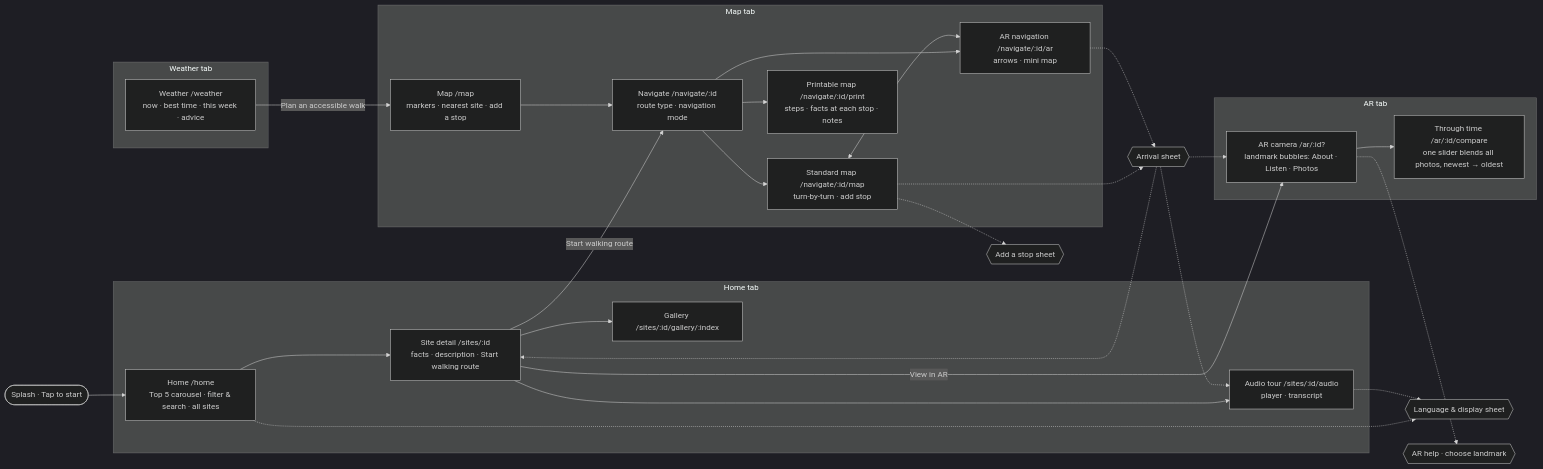
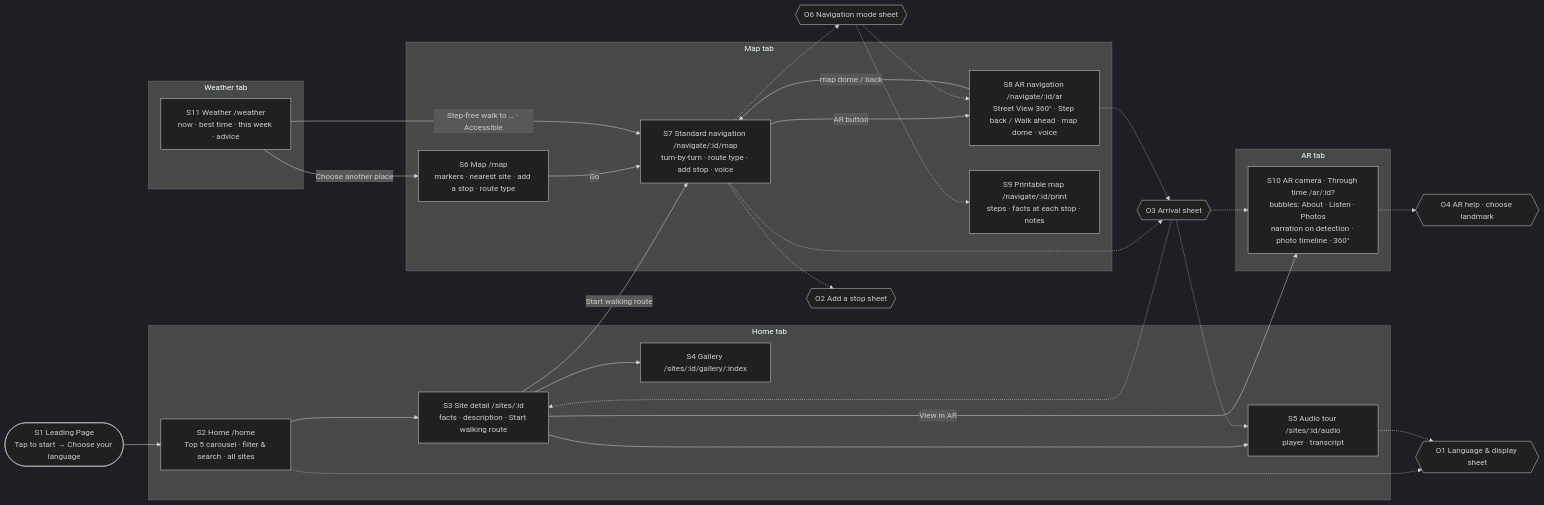
The diagram in docs/a3/site-map.md (Podi-Skying/KIT519-Hobart-Historic), drawn with Mermaid (dark theme) before and after one commit. The commit also changed other lines of this file and 9 other files, not shown here.

````diff
--- a/docs/a3/site-map.md
+++ b/docs/a3/site-map.md
@@ -13,55 +22,55 @@
 ```mermaid
 flowchart LR
-  SPLASH([Splash · Tap to start]) --> HOME
+  SPLASH([S1 Leading Page<br/>Tap to start → Choose your language]) --> HOME
 
   subgraph TAB_HOME [Home tab]
-    HOME[Home /home<br/>Top 5 carousel · filter & search · all sites]
-    SITE[Site detail /sites/:id<br/>facts · description · Start walking route]
-    GALLERY[Gallery /sites/:id/gallery/:index]
-    AUDIO[Audio tour /sites/:id/audio<br/>player · transcript]
+    HOME[S2 Home /home<br/>Top 5 carousel · filter & search · all sites]
+    SITE[S3 Site detail /sites/:id<br/>facts · description · Start walking route]
+    GALLERY[S4 Gallery /sites/:id/gallery/:index]
+    AUDIO[S5 Audio tour /sites/:id/audio<br/>player · transcript]
     HOME --> SITE --> GALLERY
     SITE --> AUDIO
   end
 
   subgraph TAB_MAP [Map tab]
-    MAP[Map /map<br/>markers · nearest site · add a stop]
-    MODES[Navigate /navigate/:id<br/>route type · navigation mode]
-    NAVMAP[Standard map /navigate/:id/map<br/>turn-by-turn · add stop]
-    NAVAR[AR navigation /navigate/:id/ar<br/>arrows · mini map]
-    PRINT[Printable map /navigate/:id/print<br/>steps · facts at each stop · notes]
-    MAP --> MODES
-    MODES --> NAVMAP
-    MODES --> NAVAR
-    MODES --> PRINT
-    NAVMAP <--> NAVAR
+    MAP[S6 Map /map<br/>markers · nearest site · add a stop · route type]
+    NAVMAP[S7 Standard navigation /navigate/:id/map<br/>turn-by-turn · route type · add stop · voice]
+    NAVAR[S8 AR navigation /navigate/:id/ar<br/>Street View 360° · Step back / Walk ahead · map dome · voice]
+    PRINT[S9 Printable map /navigate/:id/print<br/>steps · facts at each stop · notes]
+    MAP -- Go --> NAVMAP
+    NAVMAP -- AR button --> NAVAR
+    NAVAR -- map dome / back --> NAVMAP
   end
 
   subgraph TAB_AR [AR tab]
-    ARCAM[AR camera /ar/:id?<br/>landmark bubbles: About · Listen · Photos]
-    COMPARE[Through time /ar/:id/compare<br/>one slider blends all photos, newest → oldest]
-    ARCAM --> COMPARE
+    ARCAM[S10 AR camera · Through time /ar/:id?<br/>bubbles: About · Listen · Photos<br/>narration on detection · photo timeline · 360°]
   end
 
   subgraph TAB_WEATHER [Weather tab]
-    WEATHER[Weather /weather<br/>now · best time · this week · advice]
+    WEATHER[S11 Weather /weather<br/>now · best time · this week · advice]
   end
 
-  SITE -- Start walking route --> MODES
+  SITE -- Start walking route --> NAVMAP
   SITE -- View in AR --> ARCAM
-  WEATHER -- Plan an accessible walk --> MAP
+  WEATHER -->|"Step-free walk to … · Accessible"| NAVMAP
+  WEATHER -- Choose another place --> MAP
 
   %% overlays (bottom sheets)
-  LANG{{Language & display sheet}}
-  STOPS{{Add a stop sheet}}
-  ARRIVE{{Arrival sheet}}
-  ARHELP{{AR help · choose landmark}}
+  LANG{{O1 Language & display sheet}}
+  STOPS{{O2 Add a stop sheet}}
+  ARRIVE{{O3 Arrival sheet}}
+  ARHELP{{O4 AR help · choose landmark}}
+  MODES{{O6 Navigation mode sheet}}
   HOME -.-> LANG
   AUDIO -.-> LANG
   NAVMAP -.-> STOPS
+  NAVMAP -.-> MODES
+  MODES -.-> NAVAR
+  MODES -.-> PRINT
   NAVMAP -.-> ARRIVE
   NAVAR -.-> ARRIVE
   ARRIVE -.-> AUDIO
   ARRIVE -.-> ARCAM
   ARRIVE -.-> SITE
   ARCAM -.-> ARHELP
 ```
````
